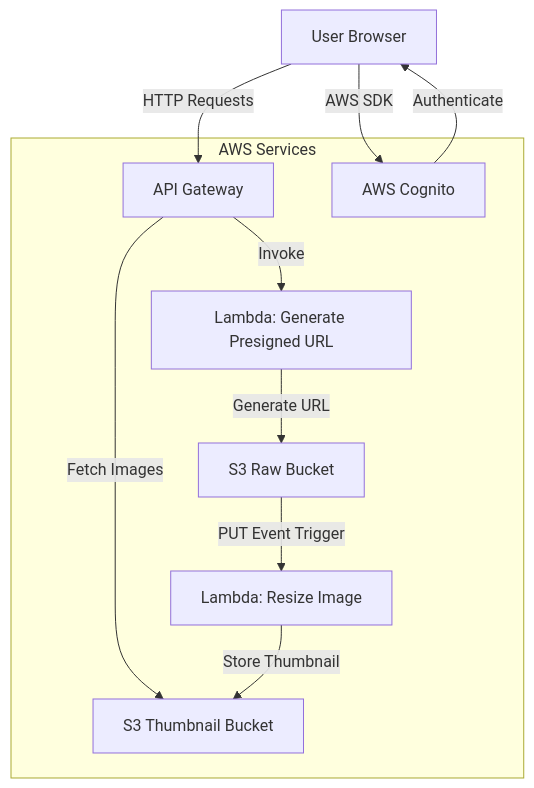
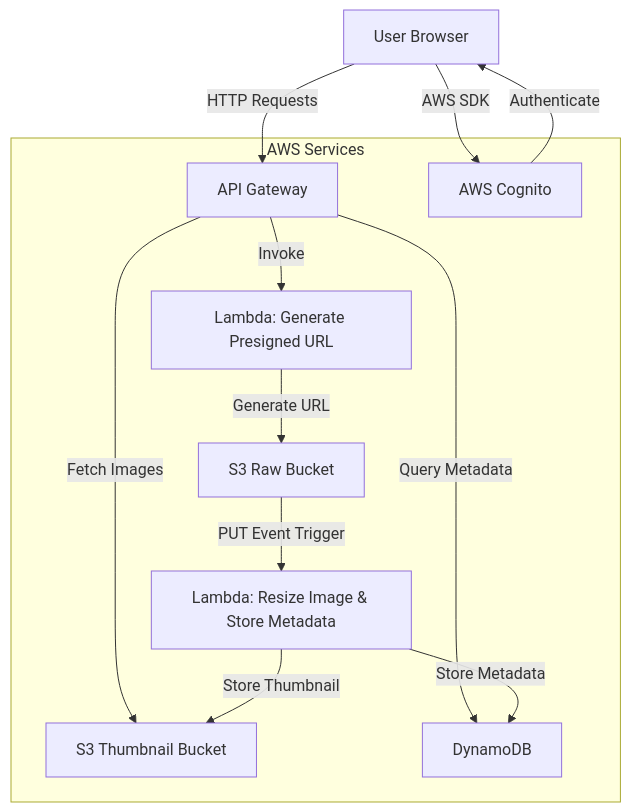
One commit to guderian120/s3_photo_sharing changed the first of 2 diagrams in Readme.md. Above: the diagram before and after it, drawn with Mermaid. The commit also changed other lines of this file and 2 other files, not shown here.

````diff
--- a/Readme.md
+++ b/Readme.md
@@ -23,23 +24,26 @@
 ```mermaid
 graph TD
     A[User Browser] -->|HTTP Requests| B[API Gateway]
     A -->|AWS SDK| C[AWS Cognito]
     
     B -->|Invoke| D[Lambda: Generate Presigned URL]
     B -->|Fetch Images| E[S3 Thumbnail Bucket]
+    B -->|Query Metadata| H[DynamoDB]
     
     C -->|Authenticate| A
     D -->|Generate URL| F[S3 Raw Bucket]
     
-    F -->|PUT Event Trigger| G[Lambda: Resize Image]
+    F -->|PUT Event Trigger| G[Lambda: Resize Image & Store Metadata]
     G -->|Store Thumbnail| E
+    G -->|Store Metadata| H
     
     subgraph AWS Services
         C
         B
         D
         E
         F
         G
+        H
     end
 ```
````
